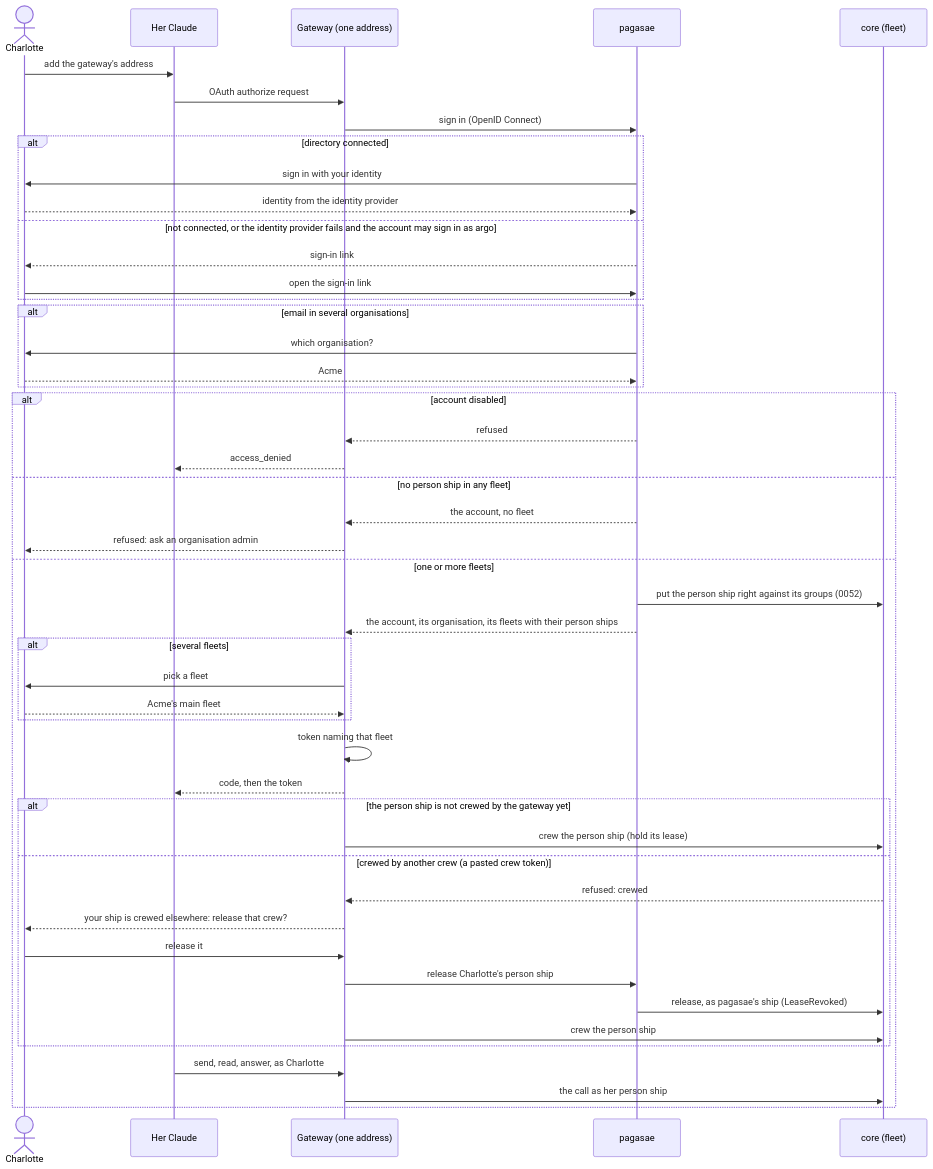
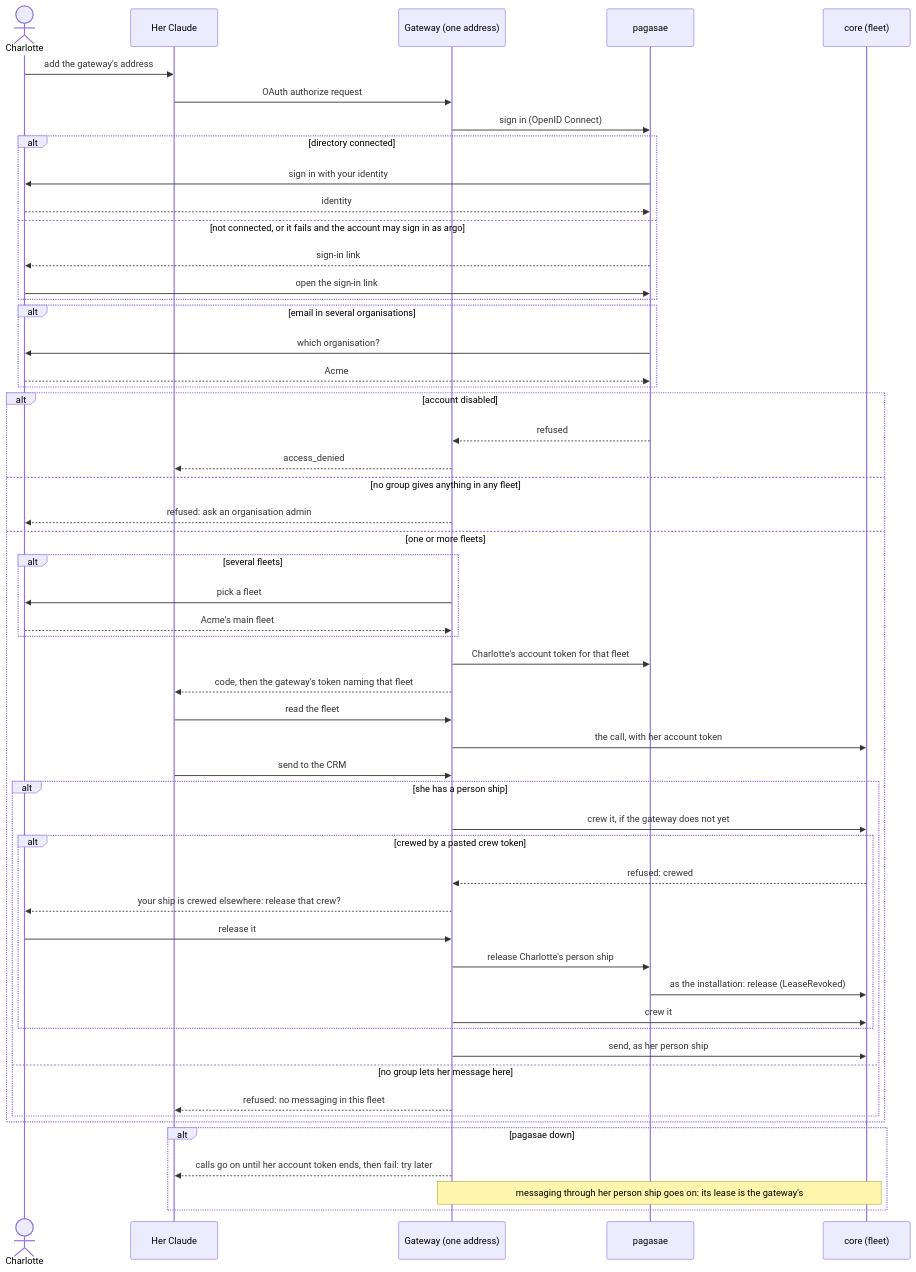
The fifth of 11 diagrams in docs/design/accounts/phase-2/flows.md (ThomasHendrickx/aeolus-fleet), drawn with Mermaid before and after one commit. The commit also changed other lines of this file, not shown here.

First line of the commit message:
docs(design): accounts phase 2 flows on the actor model, F11 the account token

````diff
--- a/docs/design/accounts/phase-2/flows.md
+++ b/docs/design/accounts/phase-2/flows.md
@@ -150,50 +151,56 @@
 ```mermaid
 sequenceDiagram
   actor H as Charlotte
   participant MC as Her Claude
   participant G as Gateway (one address)
   participant P as pagasae
   participant C as core (fleet)
   H->>MC: add the gateway's address
   MC->>G: OAuth authorize request
   G->>P: sign in (OpenID Connect)
   alt directory connected
     P->>H: sign in with your identity
-    H-->>P: identity from the identity provider
-  else not connected, or the identity provider fails and the account may sign in as argo
+    H-->>P: identity
+  else not connected, or it fails and the account may sign in as argo
     P-->>H: sign-in link
     H->>P: open the sign-in link
   end
   alt email in several organisations
     P->>H: which organisation?
     H-->>P: Acme
   end
   alt account disabled
     P-->>G: refused
     G-->>MC: access_denied
-  else no person ship in any fleet
-    P-->>G: the account, no fleet
+  else no group gives anything in any fleet
     G-->>H: refused: ask an organisation admin
   else one or more fleets
-    P->>C: put the person ship right against its groups (0052)
-    P-->>G: the account, its organisation, its fleets with their person ships
     alt several fleets
       G->>H: pick a fleet
       H-->>G: Acme's main fleet
     end
-    G->>G: token naming that fleet
-    G-->>MC: code, then the token
-    alt the person ship is not crewed by the gateway yet
-      G->>C: crew the person ship (hold its lease)
-    else crewed by another crew (a pasted crew token)
-      C-->>G: refused: crewed
-      G-->>H: your ship is crewed elsewhere: release that crew?
-      H->>G: release it
-      G->>P: release Charlotte's person ship
-      P->>C: release, as pagasae's ship (LeaseRevoked)
-      G->>C: crew the person ship
+    G->>P: Charlotte's account token for that fleet
+    G-->>MC: code, then the gateway's token naming that fleet
+    MC->>G: read the fleet
+    G->>C: the call, with her account token
+    MC->>G: send to the CRM
+    alt she has a person ship
+      G->>C: crew it, if the gateway does not yet
+      alt crewed by a pasted crew token
+        C-->>G: refused: crewed
+        G-->>H: your ship is crewed elsewhere: release that crew?
+        H->>G: release it
+        G->>P: release Charlotte's person ship
+        P->>C: as the installation: release (LeaseRevoked)
+        G->>C: crew it
+      end
+      G->>C: send, as her person ship
+    else no group lets her message here
+      G-->>MC: refused: no messaging in this fleet
     end
-    MC->>G: send, read, answer, as Charlotte
-    G->>C: the call as her person ship
+  end
+  alt pagasae down
+    G-->>MC: calls go on until her account token ends, then fail: try later
+    Note over G,C: messaging through her person ship goes on: its lease is the gateway's
   end
 ```
````
